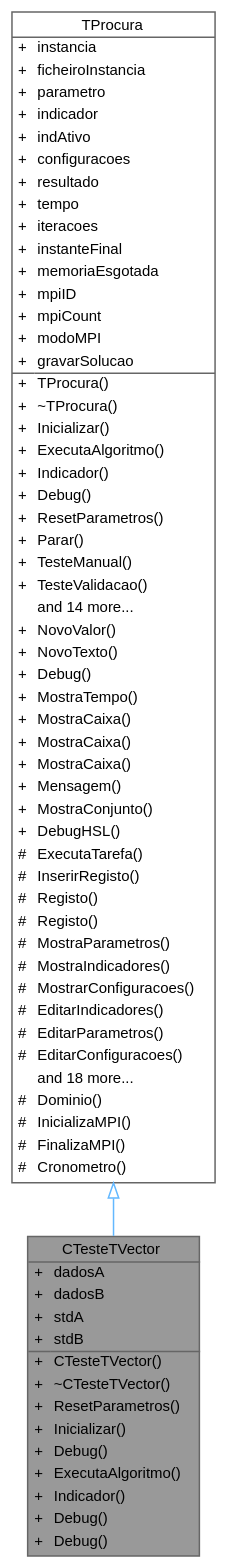
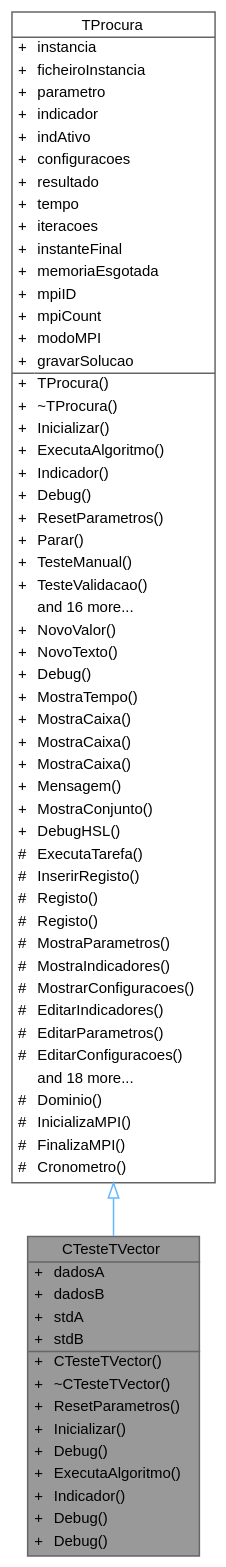
Before and after one commit to jcoelho72/TProcura: the diagram in classCTesteTVector__inherit__graph.dot, drawn with Graphviz. The commit also changed 224 other files, not shown here.

```diff
--- a/classCTesteTVector__inherit__graph.dot
+++ b/classCTesteTVector__inherit__graph.dot
@@ -1,82 +1,82 @@
 digraph "CTesteTVector"
 {
  // LATEX_PDF_SIZE
   bgcolor="transparent";
   edge [fontname=Helvetica,fontsize=10,labelfontname=Helvetica,labelfontsize=10];
   node [fontname=Helvetica,fontsize=10,shape=box,height=0.2,width=0.4];
   Node1 [id="Node000001",shape=plain,label=<<TABLE CELLBORDER="0" BORDER="1"><TR><TD COLSPAN="2" CELLPADDING="1" CELLSPACING="0">CTesteTVector</TD></TR>
 <HR/>
 <TR><TD VALIGN="top" CELLPADDING="1" CELLSPACING="0">+</TD><TD VALIGN="top" ALIGN="LEFT" CELLPADDING="1" CELLSPACING="0">dadosA<BR ALIGN="LEFT"/></TD></TR>
 <TR><TD VALIGN="top" CELLPADDING="1" CELLSPACING="0">+</TD><TD VALIGN="top" ALIGN="LEFT" CELLPADDING="1" CELLSPACING="0">dadosB<BR ALIGN="LEFT"/></TD></TR>
 <TR><TD VALIGN="top" CELLPADDING="1" CELLSPACING="0">+</TD><TD VALIGN="top" ALIGN="LEFT" CELLPADDING="1" CELLSPACING="0">stdA<BR ALIGN="LEFT"/></TD></TR>
 <TR><TD VALIGN="top" CELLPADDING="1" CELLSPACING="0">+</TD><TD VALIGN="top" ALIGN="LEFT" CELLPADDING="1" CELLSPACING="0">stdB<BR ALIGN="LEFT"/></TD></TR>
 <HR/>
 <TR><TD VALIGN="top" CELLPADDING="1" CELLSPACING="0">+</TD><TD VALIGN="top" ALIGN="LEFT" CELLPADDING="1" CELLSPACING="0">CTesteTVector()<BR ALIGN="LEFT"/></TD></TR>
 <TR><TD VALIGN="top" CELLPADDING="1" CELLSPACING="0">+</TD><TD VALIGN="top" ALIGN="LEFT" CELLPADDING="1" CELLSPACING="0">~CTesteTVector()<BR ALIGN="LEFT"/></TD></TR>
 <TR><TD VALIGN="top" CELLPADDING="1" CELLSPACING="0">+</TD><TD VALIGN="top" ALIGN="LEFT" CELLPADDING="1" CELLSPACING="0">ResetParametros()<BR ALIGN="LEFT"/></TD></TR>
 <TR><TD VALIGN="top" CELLPADDING="1" CELLSPACING="0">+</TD><TD VALIGN="top" ALIGN="LEFT" CELLPADDING="1" CELLSPACING="0">Inicializar()<BR ALIGN="LEFT"/></TD></TR>
 <TR><TD VALIGN="top" CELLPADDING="1" CELLSPACING="0">+</TD><TD VALIGN="top" ALIGN="LEFT" CELLPADDING="1" CELLSPACING="0">Debug()<BR ALIGN="LEFT"/></TD></TR>
 <TR><TD VALIGN="top" CELLPADDING="1" CELLSPACING="0">+</TD><TD VALIGN="top" ALIGN="LEFT" CELLPADDING="1" CELLSPACING="0">ExecutaAlgoritmo()<BR ALIGN="LEFT"/></TD></TR>
 <TR><TD VALIGN="top" CELLPADDING="1" CELLSPACING="0">+</TD><TD VALIGN="top" ALIGN="LEFT" CELLPADDING="1" CELLSPACING="0">Indicador()<BR ALIGN="LEFT"/></TD></TR>
 <TR><TD VALIGN="top" CELLPADDING="1" CELLSPACING="0">+</TD><TD VALIGN="top" ALIGN="LEFT" CELLPADDING="1" CELLSPACING="0">Debug()<BR ALIGN="LEFT"/></TD></TR>
 <TR><TD VALIGN="top" CELLPADDING="1" CELLSPACING="0">+</TD><TD VALIGN="top" ALIGN="LEFT" CELLPADDING="1" CELLSPACING="0">Debug()<BR ALIGN="LEFT"/></TD></TR>
 </TABLE>>
 ,height=0.2,width=0.4,color="gray40", fillcolor="grey60", style="filled", fontcolor="black",tooltip="Classe de teste para TVector, integrada na framework TProcura."];
   Node2 -> Node1 [id="edge1_Node000001_Node000002",dir="back",color="steelblue1",style="solid",tooltip=" ",arrowtail="onormal"];
   Node2 [id="Node000002",shape=plain,label=<<TABLE CELLBORDER="0" BORDER="1"><TR><TD COLSPAN="2" CELLPADDING="1" CELLSPACING="0">TProcura</TD></TR>
 <HR/>
 <TR><TD VALIGN="top" CELLPADDING="1" CELLSPACING="0">+</TD><TD VALIGN="top" ALIGN="LEFT" CELLPADDING="1" CELLSPACING="0">instancia<BR ALIGN="LEFT"/></TD></TR>
 <TR><TD VALIGN="top" CELLPADDING="1" CELLSPACING="0">+</TD><TD VALIGN="top" ALIGN="LEFT" CELLPADDING="1" CELLSPACING="0">ficheiroInstancia<BR ALIGN="LEFT"/></TD></TR>
 <TR><TD VALIGN="top" CELLPADDING="1" CELLSPACING="0">+</TD><TD VALIGN="top" ALIGN="LEFT" CELLPADDING="1" CELLSPACING="0">parametro<BR ALIGN="LEFT"/></TD></TR>
 <TR><TD VALIGN="top" CELLPADDING="1" CELLSPACING="0">+</TD><TD VALIGN="top" ALIGN="LEFT" CELLPADDING="1" CELLSPACING="0">indicador<BR ALIGN="LEFT"/></TD></TR>
 <TR><TD VALIGN="top" CELLPADDING="1" CELLSPACING="0">+</TD><TD VALIGN="top" ALIGN="LEFT" CELLPADDING="1" CELLSPACING="0">indAtivo<BR ALIGN="LEFT"/></TD></TR>
 <TR><TD VALIGN="top" CELLPADDING="1" CELLSPACING="0">+</TD><TD VALIGN="top" ALIGN="LEFT" CELLPADDING="1" CELLSPACING="0">configuracoes<BR ALIGN="LEFT"/></TD></TR>
 <TR><TD VALIGN="top" CELLPADDING="1" CELLSPACING="0">+</TD><TD VALIGN="top" ALIGN="LEFT" CELLPADDING="1" CELLSPACING="0">resultado<BR ALIGN="LEFT"/></TD></TR>
 <TR><TD VALIGN="top" CELLPADDING="1" CELLSPACING="0">+</TD><TD VALIGN="top" ALIGN="LEFT" CELLPADDING="1" CELLSPACING="0">tempo<BR ALIGN="LEFT"/></TD></TR>
 <TR><TD VALIGN="top" CELLPADDING="1" CELLSPACING="0">+</TD><TD VALIGN="top" ALIGN="LEFT" CELLPADDING="1" CELLSPACING="0">iteracoes<BR ALIGN="LEFT"/></TD></TR>
 <TR><TD VALIGN="top" CELLPADDING="1" CELLSPACING="0">+</TD><TD VALIGN="top" ALIGN="LEFT" CELLPADDING="1" CELLSPACING="0">instanteFinal<BR ALIGN="LEFT"/></TD></TR>
 <TR><TD VALIGN="top" CELLPADDING="1" CELLSPACING="0">+</TD><TD VALIGN="top" ALIGN="LEFT" CELLPADDING="1" CELLSPACING="0">memoriaEsgotada<BR ALIGN="LEFT"/></TD></TR>
 <TR><TD VALIGN="top" CELLPADDING="1" CELLSPACING="0">+</TD><TD VALIGN="top" ALIGN="LEFT" CELLPADDING="1" CELLSPACING="0">mpiID<BR ALIGN="LEFT"/></TD></TR>
 <TR><TD VALIGN="top" CELLPADDING="1" CELLSPACING="0">+</TD><TD VALIGN="top" ALIGN="LEFT" CELLPADDING="1" CELLSPACING="0">mpiCount<BR ALIGN="LEFT"/></TD></TR>
 <TR><TD VALIGN="top" CELLPADDING="1" CELLSPACING="0">+</TD><TD VALIGN="top" ALIGN="LEFT" CELLPADDING="1" CELLSPACING="0">modoMPI<BR ALIGN="LEFT"/></TD></TR>
 <TR><TD VALIGN="top" CELLPADDING="1" CELLSPACING="0">+</TD><TD VALIGN="top" ALIGN="LEFT" CELLPADDING="1" CELLSPACING="0">gravarSolucao<BR ALIGN="LEFT"/></TD></TR>
 <HR/>
 <TR><TD VALIGN="top" CELLPADDING="1" CELLSPACING="0">+</TD><TD VALIGN="top" ALIGN="LEFT" CELLPADDING="1" CELLSPACING="0">TProcura()<BR ALIGN="LEFT"/></TD></TR>
 <TR><TD VALIGN="top" CELLPADDING="1" CELLSPACING="0">+</TD><TD VALIGN="top" ALIGN="LEFT" CELLPADDING="1" CELLSPACING="0">~TProcura()<BR ALIGN="LEFT"/></TD></TR>
 <TR><TD VALIGN="top" CELLPADDING="1" CELLSPACING="0">+</TD><TD VALIGN="top" ALIGN="LEFT" CELLPADDING="1" CELLSPACING="0">Inicializar()<BR ALIGN="LEFT"/></TD></TR>
 <TR><TD VALIGN="top" CELLPADDING="1" CELLSPACING="0">+</TD><TD VALIGN="top" ALIGN="LEFT" CELLPADDING="1" CELLSPACING="0">ExecutaAlgoritmo()<BR ALIGN="LEFT"/></TD></TR>
 <TR><TD VALIGN="top" CELLPADDING="1" CELLSPACING="0">+</TD><TD VALIGN="top" ALIGN="LEFT" CELLPADDING="1" CELLSPACING="0">Indicador()<BR ALIGN="LEFT"/></TD></TR>
 <TR><TD VALIGN="top" CELLPADDING="1" CELLSPACING="0">+</TD><TD VALIGN="top" ALIGN="LEFT" CELLPADDING="1" CELLSPACING="0">Debug()<BR ALIGN="LEFT"/></TD></TR>
 <TR><TD VALIGN="top" CELLPADDING="1" CELLSPACING="0">+</TD><TD VALIGN="top" ALIGN="LEFT" CELLPADDING="1" CELLSPACING="0">ResetParametros()<BR ALIGN="LEFT"/></TD></TR>
 <TR><TD VALIGN="top" CELLPADDING="1" CELLSPACING="0">+</TD><TD VALIGN="top" ALIGN="LEFT" CELLPADDING="1" CELLSPACING="0">Parar()<BR ALIGN="LEFT"/></TD></TR>
 <TR><TD VALIGN="top" CELLPADDING="1" CELLSPACING="0">+</TD><TD VALIGN="top" ALIGN="LEFT" CELLPADDING="1" CELLSPACING="0">TesteManual()<BR ALIGN="LEFT"/></TD></TR>
 <TR><TD VALIGN="top" CELLPADDING="1" CELLSPACING="0">+</TD><TD VALIGN="top" ALIGN="LEFT" CELLPADDING="1" CELLSPACING="0">TesteValidacao()<BR ALIGN="LEFT"/></TD></TR>
-<TR><TD VALIGN="top" CELLPADDING="1" CELLSPACING="0"></TD><TD VALIGN="top" ALIGN="LEFT" CELLPADDING="1" CELLSPACING="0">and 14 more...</TD></TR>
+<TR><TD VALIGN="top" CELLPADDING="1" CELLSPACING="0"></TD><TD VALIGN="top" ALIGN="LEFT" CELLPADDING="1" CELLSPACING="0">and 16 more...</TD></TR>
 <TR><TD VALIGN="top" CELLPADDING="1" CELLSPACING="0">+</TD><TD VALIGN="top" ALIGN="LEFT" CELLPADDING="1" CELLSPACING="0">NovoValor()<BR ALIGN="LEFT"/></TD></TR>
 <TR><TD VALIGN="top" CELLPADDING="1" CELLSPACING="0">+</TD><TD VALIGN="top" ALIGN="LEFT" CELLPADDING="1" CELLSPACING="0">NovoTexto()<BR ALIGN="LEFT"/></TD></TR>
 <TR><TD VALIGN="top" CELLPADDING="1" CELLSPACING="0">+</TD><TD VALIGN="top" ALIGN="LEFT" CELLPADDING="1" CELLSPACING="0">Debug()<BR ALIGN="LEFT"/></TD></TR>
 <TR><TD VALIGN="top" CELLPADDING="1" CELLSPACING="0">+</TD><TD VALIGN="top" ALIGN="LEFT" CELLPADDING="1" CELLSPACING="0">MostraTempo()<BR ALIGN="LEFT"/></TD></TR>
 <TR><TD VALIGN="top" CELLPADDING="1" CELLSPACING="0">+</TD><TD VALIGN="top" ALIGN="LEFT" CELLPADDING="1" CELLSPACING="0">MostraCaixa()<BR ALIGN="LEFT"/></TD></TR>
 <TR><TD VALIGN="top" CELLPADDING="1" CELLSPACING="0">+</TD><TD VALIGN="top" ALIGN="LEFT" CELLPADDING="1" CELLSPACING="0">MostraCaixa()<BR ALIGN="LEFT"/></TD></TR>
 <TR><TD VALIGN="top" CELLPADDING="1" CELLSPACING="0">+</TD><TD VALIGN="top" ALIGN="LEFT" CELLPADDING="1" CELLSPACING="0">MostraCaixa()<BR ALIGN="LEFT"/></TD></TR>
 <TR><TD VALIGN="top" CELLPADDING="1" CELLSPACING="0">+</TD><TD VALIGN="top" ALIGN="LEFT" CELLPADDING="1" CELLSPACING="0">Mensagem()<BR ALIGN="LEFT"/></TD></TR>
 <TR><TD VALIGN="top" CELLPADDING="1" CELLSPACING="0">+</TD><TD VALIGN="top" ALIGN="LEFT" CELLPADDING="1" CELLSPACING="0">MostraConjunto()<BR ALIGN="LEFT"/></TD></TR>
 <TR><TD VALIGN="top" CELLPADDING="1" CELLSPACING="0">+</TD><TD VALIGN="top" ALIGN="LEFT" CELLPADDING="1" CELLSPACING="0">DebugHSL()<BR ALIGN="LEFT"/></TD></TR>
 <TR><TD VALIGN="top" CELLPADDING="1" CELLSPACING="0">#</TD><TD VALIGN="top" ALIGN="LEFT" CELLPADDING="1" CELLSPACING="0">ExecutaTarefa()<BR ALIGN="LEFT"/></TD></TR>
 <TR><TD VALIGN="top" CELLPADDING="1" CELLSPACING="0">#</TD><TD VALIGN="top" ALIGN="LEFT" CELLPADDING="1" CELLSPACING="0">InserirRegisto()<BR ALIGN="LEFT"/></TD></TR>
 <TR><TD VALIGN="top" CELLPADDING="1" CELLSPACING="0">#</TD><TD VALIGN="top" ALIGN="LEFT" CELLPADDING="1" CELLSPACING="0">Registo()<BR ALIGN="LEFT"/></TD></TR>
 <TR><TD VALIGN="top" CELLPADDING="1" CELLSPACING="0">#</TD><TD VALIGN="top" ALIGN="LEFT" CELLPADDING="1" CELLSPACING="0">Registo()<BR ALIGN="LEFT"/></TD></TR>
 <TR><TD VALIGN="top" CELLPADDING="1" CELLSPACING="0">#</TD><TD VALIGN="top" ALIGN="LEFT" CELLPADDING="1" CELLSPACING="0">MostraParametros()<BR ALIGN="LEFT"/></TD></TR>
 <TR><TD VALIGN="top" CELLPADDING="1" CELLSPACING="0">#</TD><TD VALIGN="top" ALIGN="LEFT" CELLPADDING="1" CELLSPACING="0">MostraIndicadores()<BR ALIGN="LEFT"/></TD></TR>
 <TR><TD VALIGN="top" CELLPADDING="1" CELLSPACING="0">#</TD><TD VALIGN="top" ALIGN="LEFT" CELLPADDING="1" CELLSPACING="0">MostrarConfiguracoes()<BR ALIGN="LEFT"/></TD></TR>
 <TR><TD VALIGN="top" CELLPADDING="1" CELLSPACING="0">#</TD><TD VALIGN="top" ALIGN="LEFT" CELLPADDING="1" CELLSPACING="0">EditarIndicadores()<BR ALIGN="LEFT"/></TD></TR>
 <TR><TD VALIGN="top" CELLPADDING="1" CELLSPACING="0">#</TD><TD VALIGN="top" ALIGN="LEFT" CELLPADDING="1" CELLSPACING="0">EditarParametros()<BR ALIGN="LEFT"/></TD></TR>
 <TR><TD VALIGN="top" CELLPADDING="1" CELLSPACING="0">#</TD><TD VALIGN="top" ALIGN="LEFT" CELLPADDING="1" CELLSPACING="0">EditarConfiguracoes()<BR ALIGN="LEFT"/></TD></TR>
 <TR><TD VALIGN="top" CELLPADDING="1" CELLSPACING="0"></TD><TD VALIGN="top" ALIGN="LEFT" CELLPADDING="1" CELLSPACING="0">and 18 more...</TD></TR>
 <TR><TD VALIGN="top" CELLPADDING="1" CELLSPACING="0">#</TD><TD VALIGN="top" ALIGN="LEFT" CELLPADDING="1" CELLSPACING="0">Dominio()<BR ALIGN="LEFT"/></TD></TR>
 <TR><TD VALIGN="top" CELLPADDING="1" CELLSPACING="0">#</TD><TD VALIGN="top" ALIGN="LEFT" CELLPADDING="1" CELLSPACING="0">InicializaMPI()<BR ALIGN="LEFT"/></TD></TR>
 <TR><TD VALIGN="top" CELLPADDING="1" CELLSPACING="0">#</TD><TD VALIGN="top" ALIGN="LEFT" CELLPADDING="1" CELLSPACING="0">FinalizaMPI()<BR ALIGN="LEFT"/></TD></TR>
 <TR><TD VALIGN="top" CELLPADDING="1" CELLSPACING="0">#</TD><TD VALIGN="top" ALIGN="LEFT" CELLPADDING="1" CELLSPACING="0">Cronometro()<BR ALIGN="LEFT"/></TD></TR>
 </TABLE>>
 ,height=0.2,width=0.4,color="gray40", fillcolor="white", style="filled",URL="$classTProcura.html",tooltip="Classe base para todas as procuras."];
 }
```
